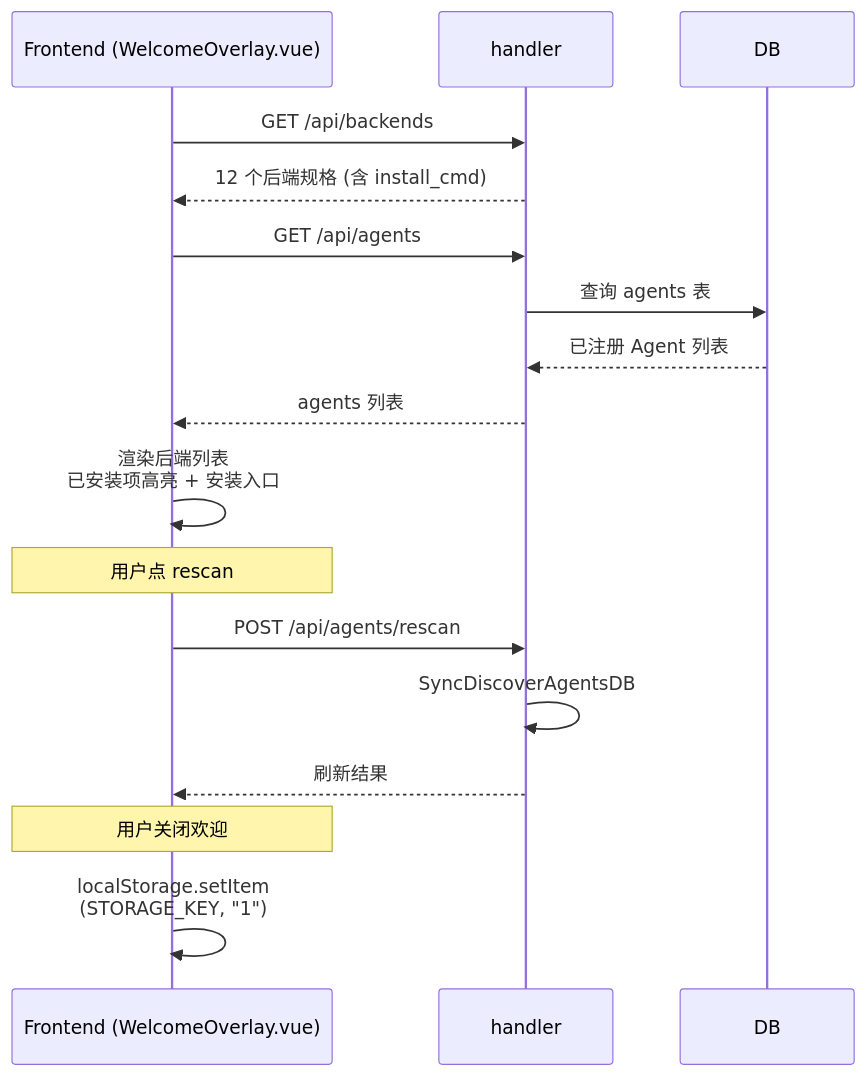
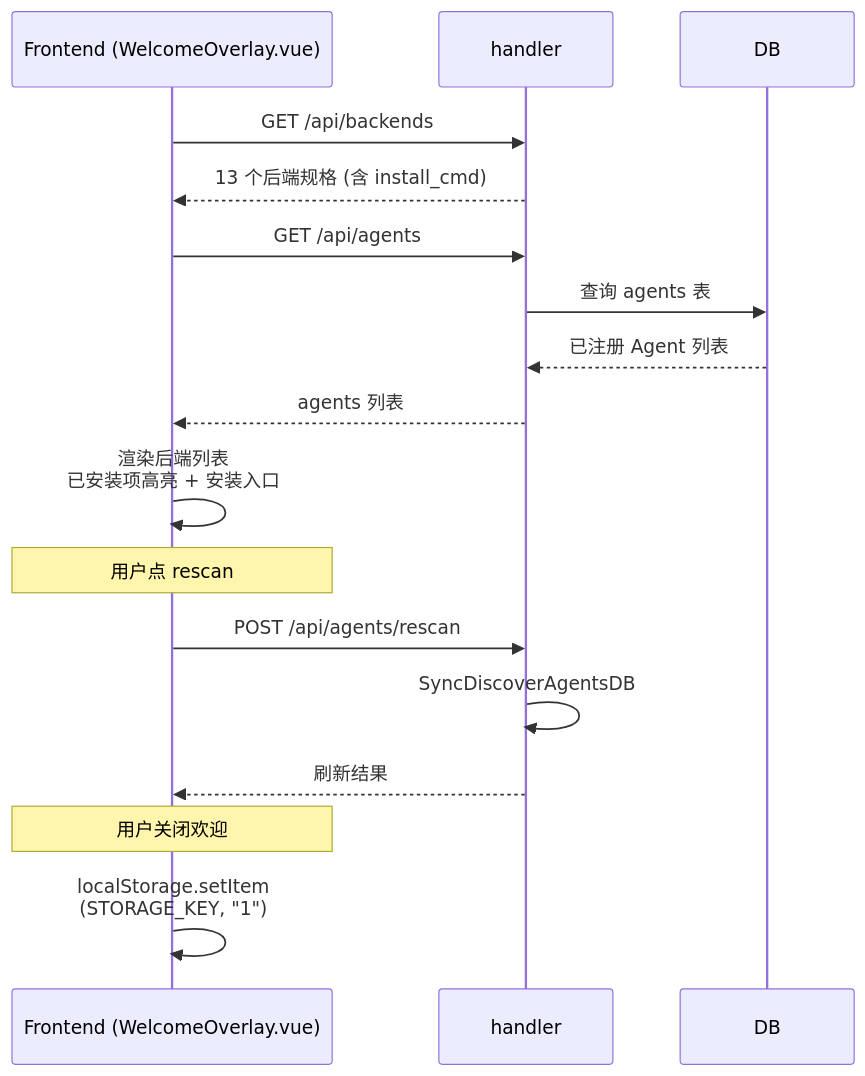
The first of 2 diagrams in docs/spec/features/setup-wizard.md (0REZ/clawbench), drawn with Mermaid before and after one commit. The commit also changed other lines of this file and 92 other files, not shown here.

````diff
--- a/docs/spec/features/setup-wizard.md
+++ b/docs/spec/features/setup-wizard.md
@@ -17,20 +17,20 @@
 ```mermaid
 sequenceDiagram
     participant F as Frontend (WelcomeOverlay.vue)
     participant H as handler
     participant DB
 
     F->>H: GET /api/backends
-    H-->>F: 12 个后端规格 (含 install_cmd)
+    H-->>F: 13 个后端规格 (含 install_cmd)
     F->>H: GET /api/agents
     H->>DB: 查询 agents 表
     DB-->>H: 已注册 Agent 列表
     H-->>F: agents 列表
     F->>F: 渲染后端列表<br/>已安装项高亮 + 安装入口
     Note over F: 用户点 rescan
     F->>H: POST /api/agents/rescan
     H->>H: SyncDiscoverAgentsDB
     H-->>F: 刷新结果
     Note over F: 用户关闭欢迎
     F->>F: localStorage.setItem<br/>(STORAGE_KEY, "1")
 ```
````
